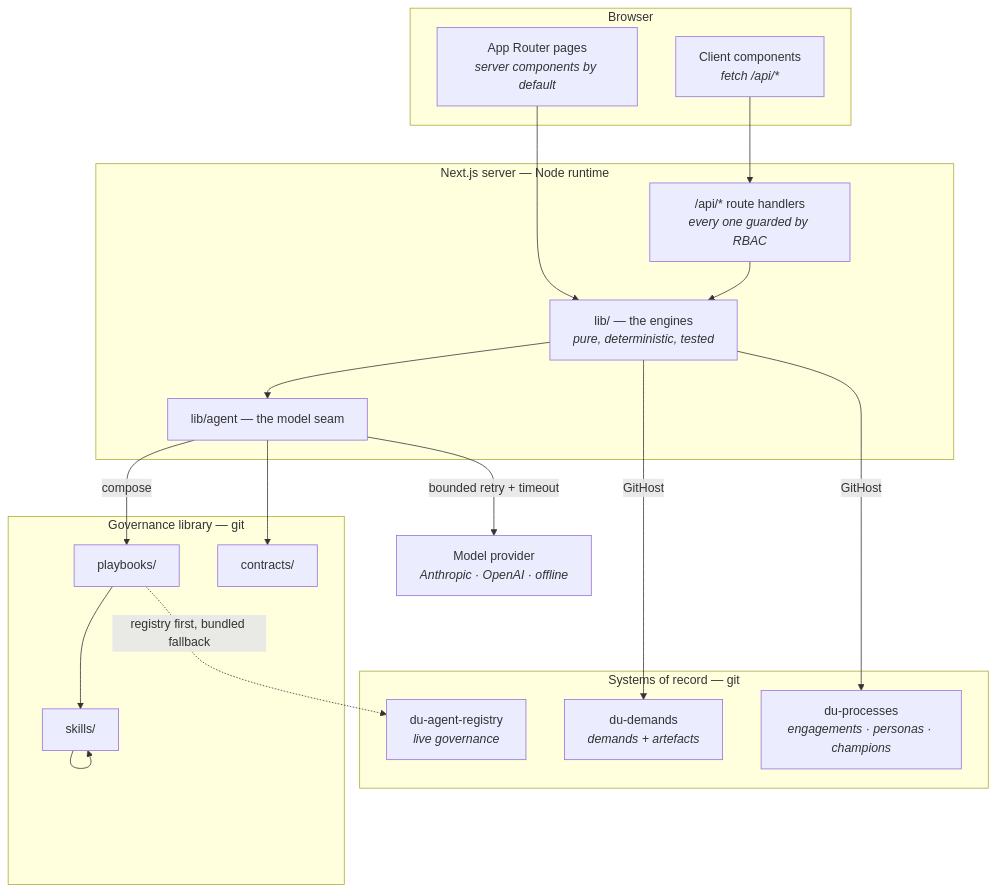
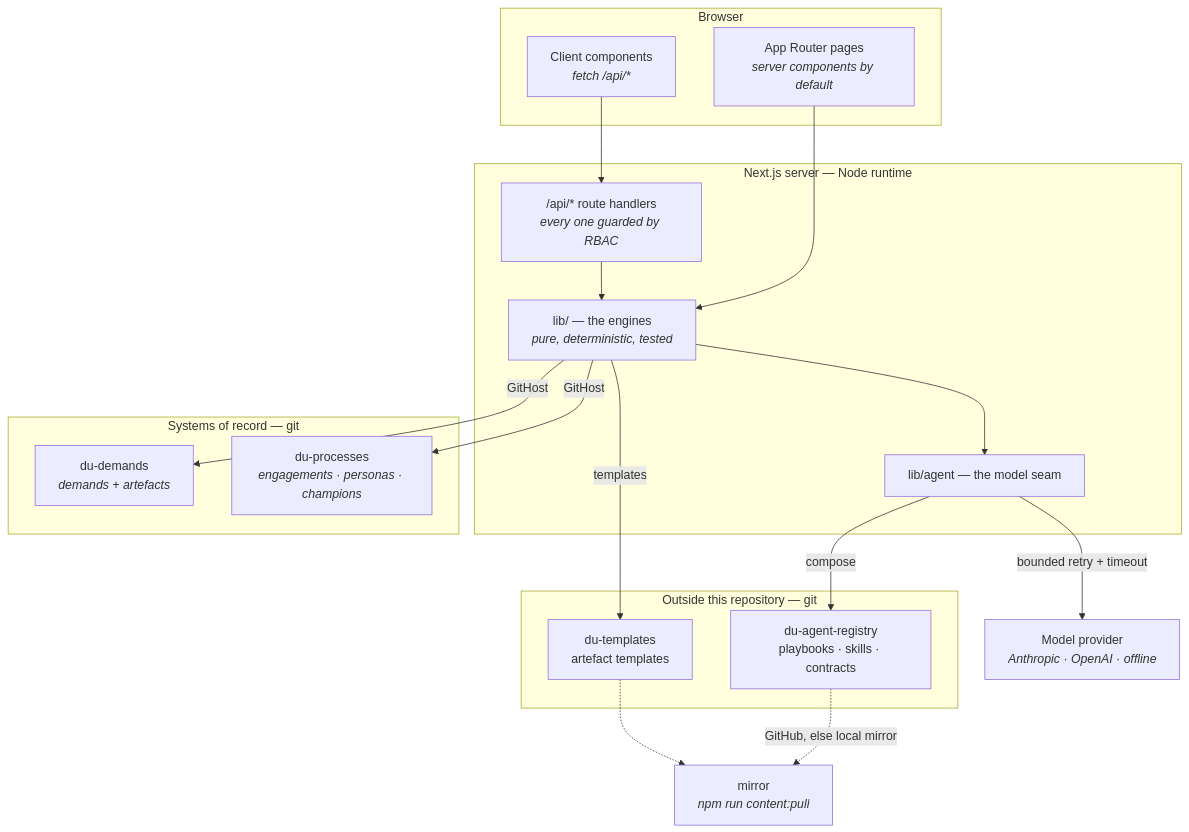
Before and after one commit to ops-digit-io/digitalization-portal: the first of 5 diagrams in docs/MAP.md, drawn with Mermaid. The commit also changed other lines of this file and 121 other files, not shown here.

First line of the commit message:
Move the agent library and the templates out of this repository

````diff
--- a/docs/MAP.md
+++ b/docs/MAP.md
@@ -19,40 +19,37 @@
 ```mermaid
 graph TB
   subgraph browser["Browser"]
     UI["App Router pages<br/><i>server components by default</i>"]
     CC["Client components<br/><i>fetch /api/*</i>"]
   end
 
   subgraph server["Next.js server — Node runtime"]
     API["/api/* route handlers<br/><i>every one guarded by RBAC</i>"]
     LIB["lib/ — the engines<br/><i>pure, deterministic, tested</i>"]
     AGENT["lib/agent — the model seam"]
   end
 
-  subgraph governance["Governance library — git"]
-    PB["playbooks/"]
-    SK["skills/"]
-    CT["contracts/"]
+  subgraph external["Outside this repository — git"]
+    PB["du-agent-registry<br/>playbooks · skills · contracts"]
+    TPL["du-templates<br/>artefact templates"]
   end
 
   subgraph record["Systems of record — git"]
     DEM["du-demands<br/><i>demands + artefacts</i>"]
     PROC["du-processes<br/><i>engagements · personas · champions</i>"]
-    REG["du-agent-registry<br/><i>live governance</i>"]
   end
 
   MODEL["Model provider<br/><i>Anthropic · OpenAI · offline</i>"]
 
   UI --> LIB
   CC --> API
   API --> LIB
   LIB --> AGENT
   AGENT -->|compose| PB
-  PB --> SK
-  SK --> SK
-  AGENT --> CT
+  LIB -->|templates| TPL
   AGENT -->|bounded retry + timeout| MODEL
   LIB -->|GitHost| DEM
   LIB -->|GitHost| PROC
-  PB -.->|registry first, bundled fallback| REG
+  PB -.->|GitHub, else local mirror| MIRROR["mirror<br/><i>npm run content:pull</i>"]
+  TPL -.-> MIRROR
 ```
````
